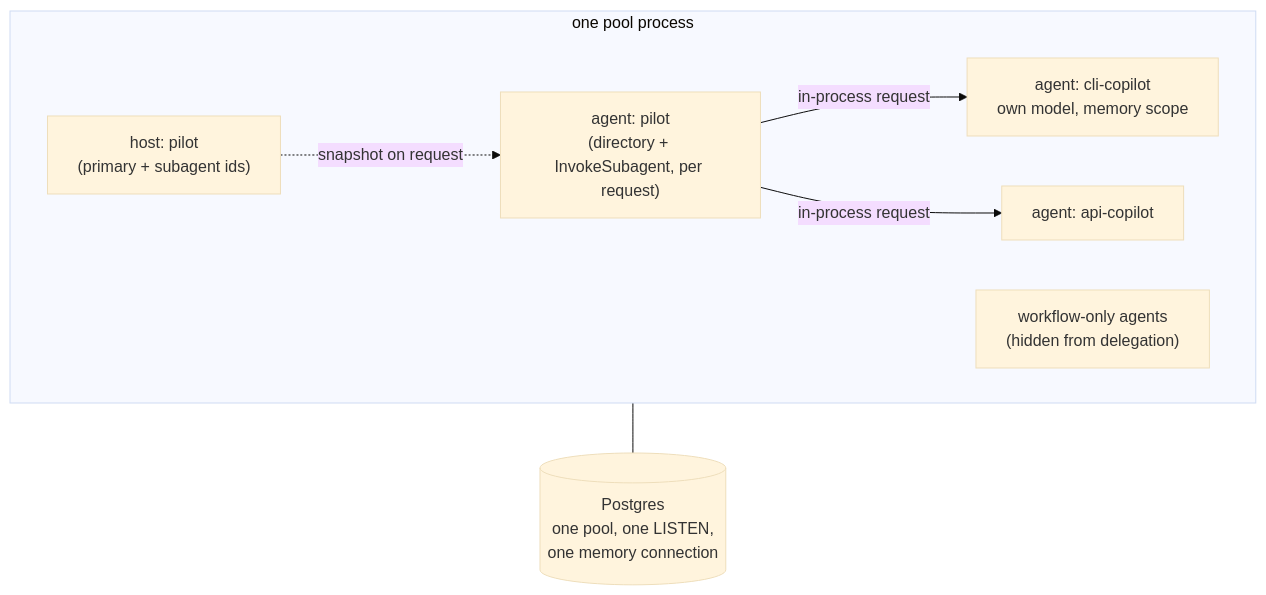
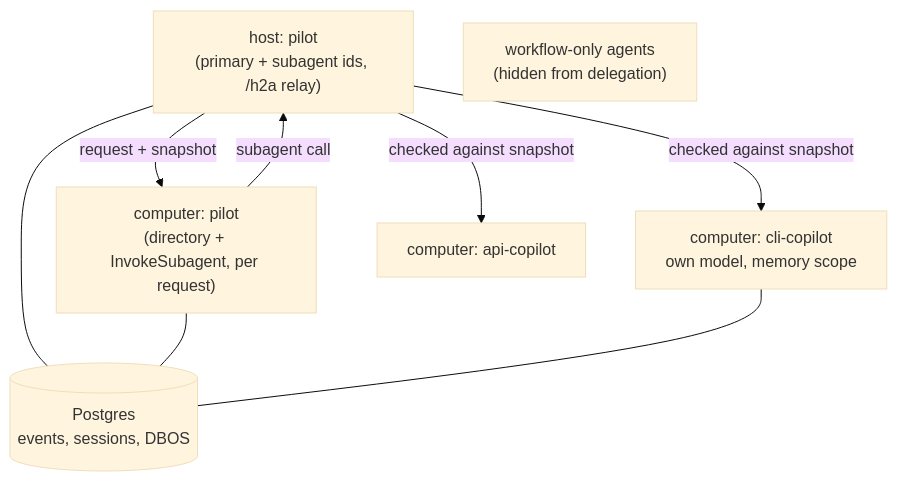
The diagram in docs/posts/composing-agents.md (imsid/mashpy), drawn with Mermaid (base theme) before and after one commit. The commit also changed other lines of this file and 16 other files, not shown here.

````diff
--- a/docs/posts/composing-agents.md
+++ b/docs/posts/composing-agents.md
@@ -84,15 +84,16 @@
 ```mermaid
 flowchart TD
-    subgraph pool ["one pool process"]
-        H["host: pilot\n(primary + subagent ids)"]
-        P["agent: pilot\n(directory + InvokeSubagent, per request)"]
-        A["agent: cli-copilot\nown model, memory scope"]
-        B["agent: api-copilot"]
-        W["workflow-only agents\n(hidden from delegation)"]
-        H -. "snapshot on request" .-> P
-        P -- "in-process request" --> A
-        P -- "in-process request" --> B
-    end
-    PG[("Postgres\none pool, one LISTEN,\none memory connection")]
-    pool --- PG
+    H["host: pilot\n(primary + subagent ids, /h2a relay)"]
+    P["computer: pilot\n(directory + InvokeSubagent, per request)"]
+    A["computer: cli-copilot\nown model, memory scope"]
+    B["computer: api-copilot"]
+    W["workflow-only agents\n(hidden from delegation)"]
+    H -- "request + snapshot" --> P
+    P -- "subagent call" --> H
+    H -- "checked against snapshot" --> A
+    H -- "checked against snapshot" --> B
+    PG[("Postgres\nevents, sessions, DBOS")]
+    H --- PG
+    P --- PG
+    A --- PG
 ```
````
